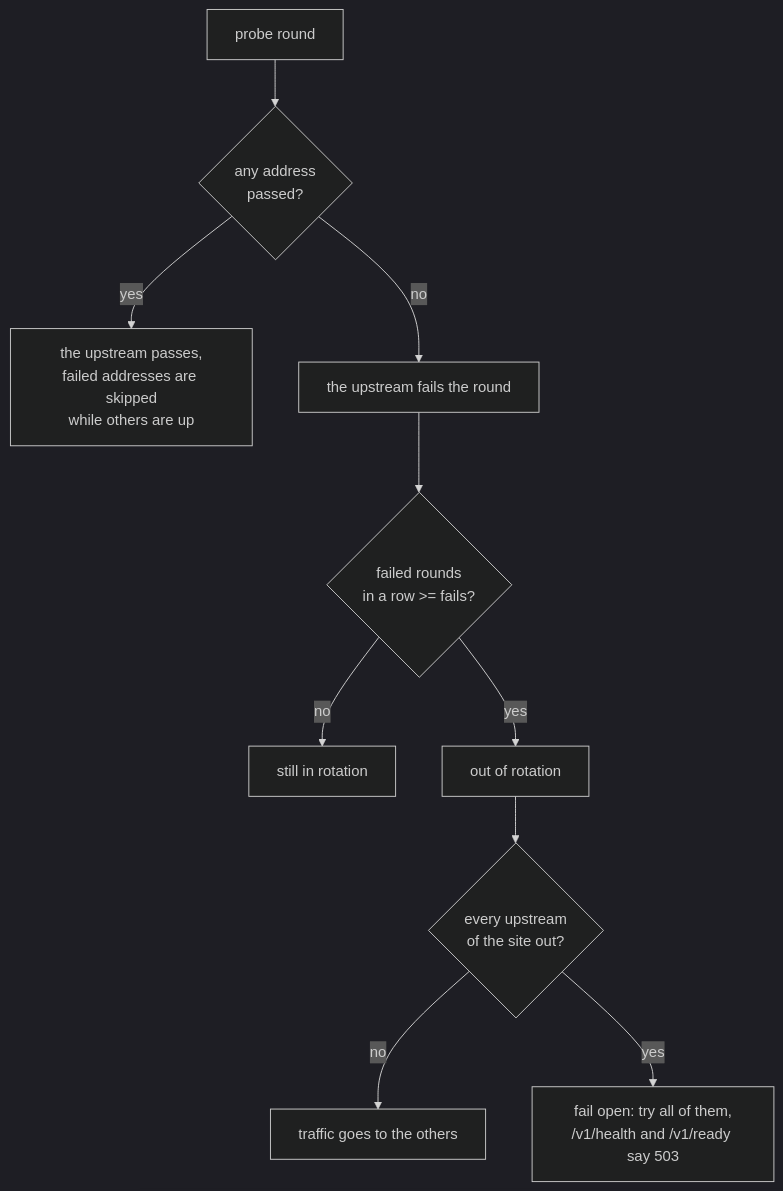
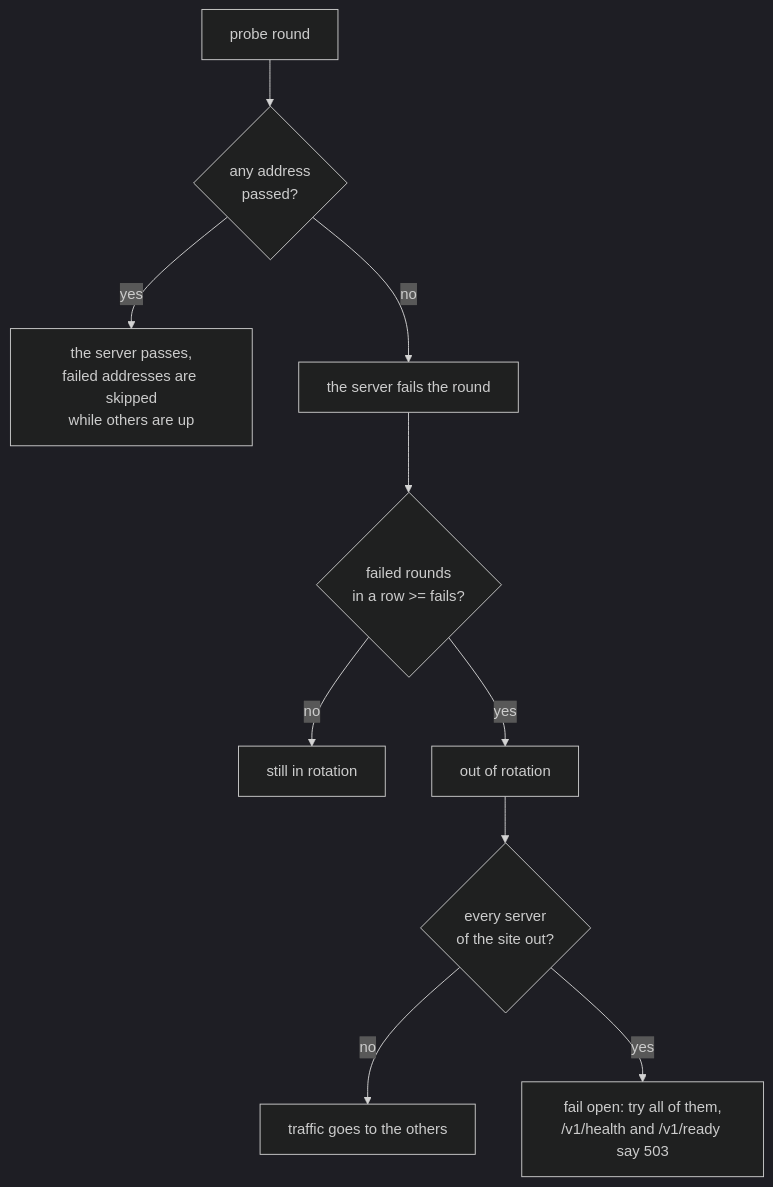
Before and after one commit to binwiederhier/ntlb: the seventh of 12 diagrams in docs/configuration.md, drawn with Mermaid (dark theme). The commit also changed other lines of this file and 29 other files, not shown here.

First line of the commit message:
Group upstream settings in a per-site upstream block

````diff
--- a/docs/configuration.md
+++ b/docs/configuration.md
@@ -315,12 +338,12 @@
 ```mermaid
 flowchart TD
     probe["probe round"] --> any{"any address<br>passed?"}
-    any -- yes --> pass["the upstream passes,<br>failed addresses are skipped<br>while others are up"]
-    any -- no --> fail["the upstream fails the round"]
+    any -- yes --> pass["the server passes,<br>failed addresses are skipped<br>while others are up"]
+    any -- no --> fail["the server fails the round"]
     fail --> count{"failed rounds<br>in a row >= fails?"}
     count -- no --> stay["still in rotation"]
     count -- yes --> out["out of rotation"]
-    out --> allout{"every upstream<br>of the site out?"}
+    out --> allout{"every server<br>of the site out?"}
     allout -- no --> rest["traffic goes to the others"]
     allout -- yes --> open["fail open: try all of them,<br>/v1/health and /v1/ready say 503"]
 ```
````
